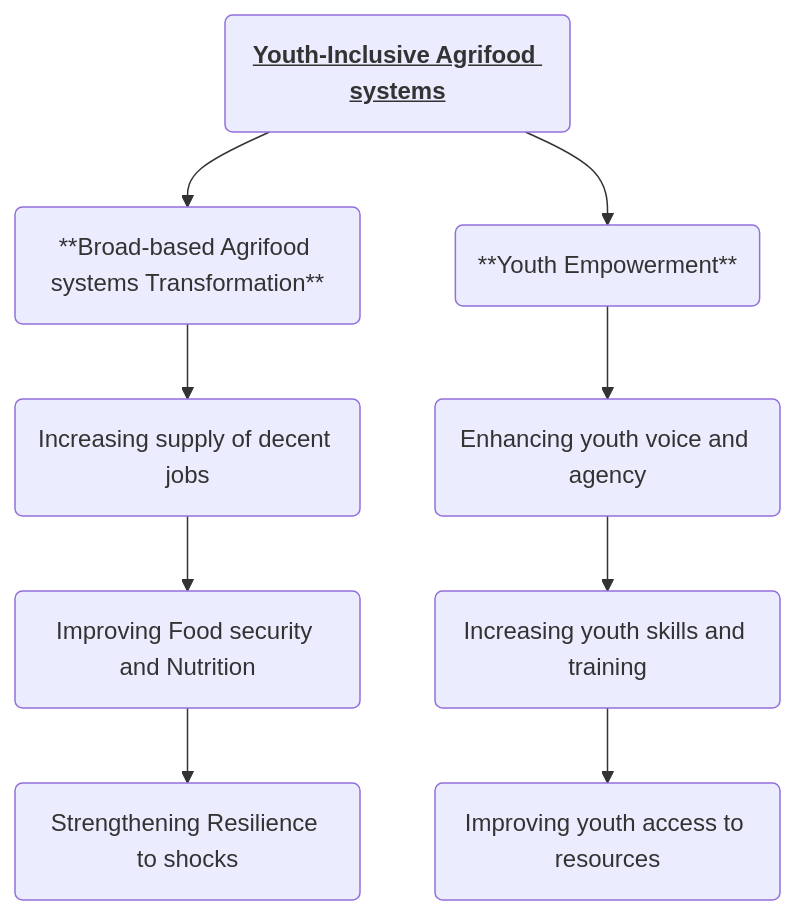
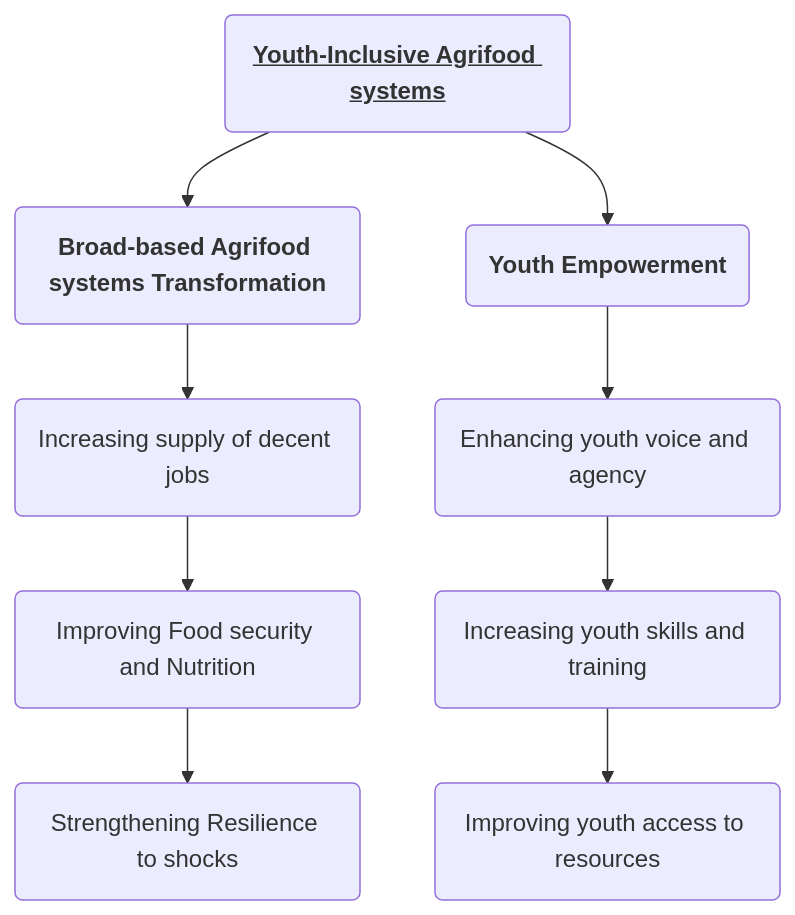
One commit to pranjalrai-iitd/ObsidianNotes.io changed the second of 2 diagrams in source/content/CURRENT AFFAIRS/CURRENT AFFAIRS - EDITORIALS/AGRICULTURE.md. Above: the diagram before and after it, drawn with Mermaid. The commit also changed 3 other files, not shown here.

````diff
--- a/source/content/CURRENT AFFAIRS/CURRENT AFFAIRS - EDITORIALS/AGRICULTURE.md
+++ b/source/content/CURRENT AFFAIRS/CURRENT AFFAIRS - EDITORIALS/AGRICULTURE.md
@@ -188,11 +188,11 @@
 ```mermaid
 graph TD;
-A(<b><u>Youth-Inclusive Agrifood systems</u></b>)-->B(**Broad-based Agrifood systems Transformation**);
-A(<b><u>Youth-Inclusive Agrifood systems</u></b>)-->C(**Youth Empowerment**);
-B(**Broad-based Agrifood systems Transformation**)-->D(Increasing supply of decent jobs);
+A(<b><u>Youth-Inclusive Agrifood systems</u></b>)-->B(<b>Broad-based Agrifood systems Transformation</b>);
+A(<b><u>Youth-Inclusive Agrifood systems</u></b>)-->C(<b>Youth Empowerment</b>);
+B(<b>Broad-based Agrifood systems Transformation</b>)-->D(Increasing supply of decent jobs);
 D(Increasing supply of decent jobs)--> E(Improving Food security and Nutrition);
 E(Improving Food security and Nutrition)--> F(Strengthening Resilience to shocks);
-C(**Youth Empowerment**)-->G(Enhancing youth voice and agency);
+C(<b>Youth Empowerment</b>)-->G(Enhancing youth voice and agency);
 G(Enhancing youth voice and agency)-->H(Increasing youth skills and training);
 H(Increasing youth skills and training)-->I(Improving youth access to resources);
 ```
````
